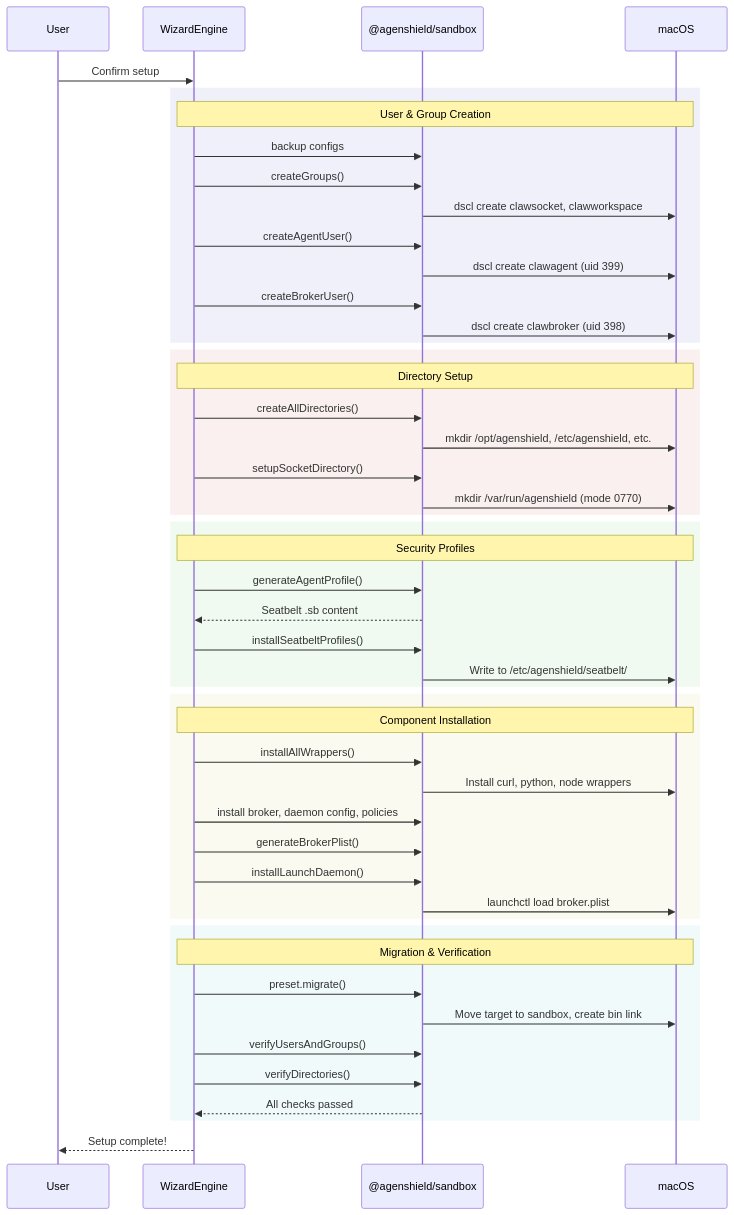
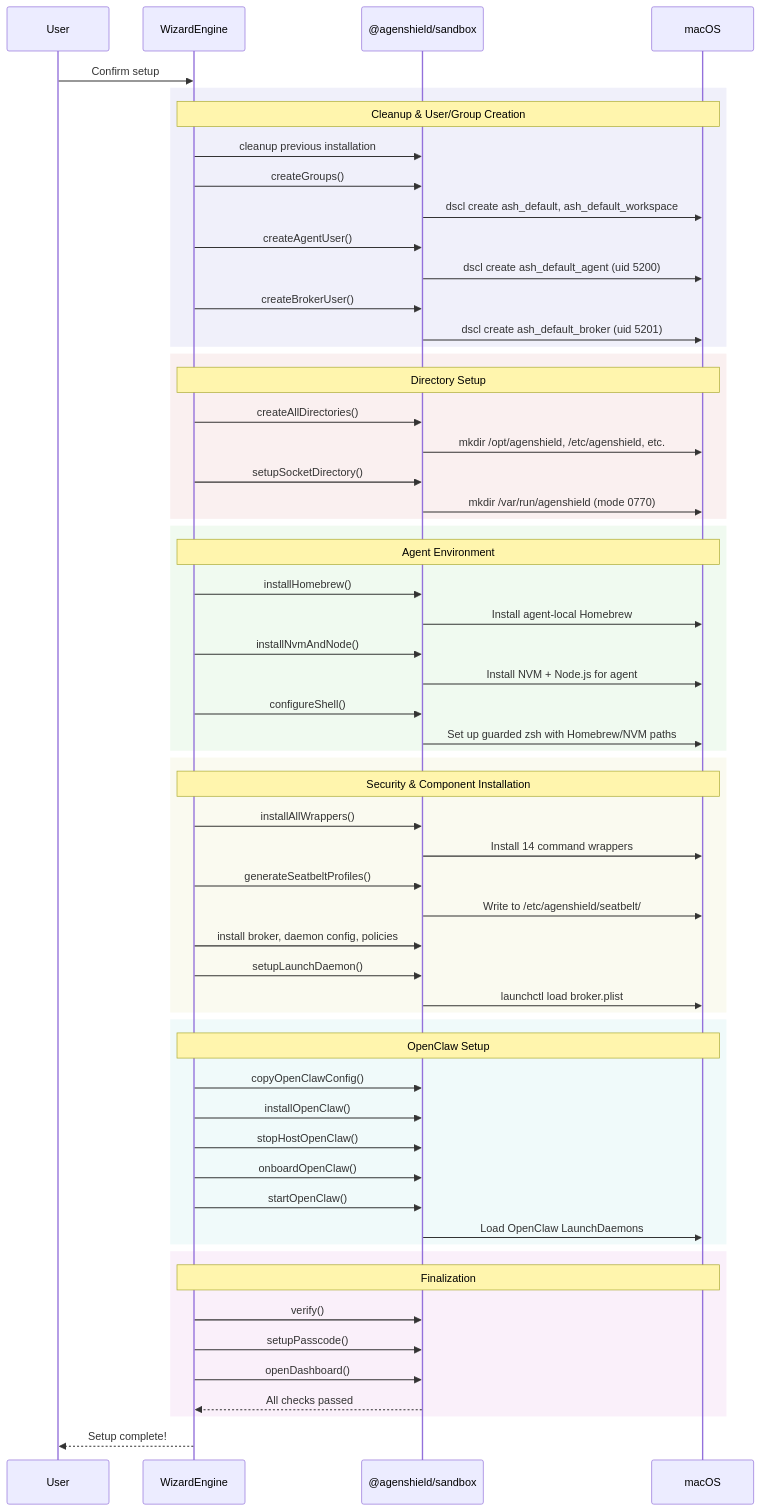
Before and after one commit to agen-co/agenshield: the third of 13 diagrams in ARCHITECTURE.md, drawn with Mermaid. The commit also changed other lines of this file and 89 other files, not shown here.

````diff
--- a/ARCHITECTURE.md
+++ b/ARCHITECTURE.md
@@ -124,57 +136,69 @@
 ```mermaid
 sequenceDiagram
     participant User
     participant Engine as WizardEngine
     participant Sandbox as @agenshield/sandbox
     participant System as macOS
 
     User->>Engine: Confirm setup
 
     rect rgb(240, 240, 250)
-        Note over Engine,System: User & Group Creation
-        Engine->>Sandbox: backup configs
+        Note over Engine,System: Cleanup & User/Group Creation
+        Engine->>Sandbox: cleanup previous installation
         Engine->>Sandbox: createGroups()
-        Sandbox->>System: dscl create clawsocket, clawworkspace
+        Sandbox->>System: dscl create ash_default, ash_default_workspace
         Engine->>Sandbox: createAgentUser()
-        Sandbox->>System: dscl create clawagent (uid 399)
+        Sandbox->>System: dscl create ash_default_agent (uid 5200)
         Engine->>Sandbox: createBrokerUser()
-        Sandbox->>System: dscl create clawbroker (uid 398)
+        Sandbox->>System: dscl create ash_default_broker (uid 5201)
     end
 
     rect rgb(250, 240, 240)
         Note over Engine,System: Directory Setup
         Engine->>Sandbox: createAllDirectories()
         Sandbox->>System: mkdir /opt/agenshield, /etc/agenshield, etc.
         Engine->>Sandbox: setupSocketDirectory()
         Sandbox->>System: mkdir /var/run/agenshield (mode 0770)
     end
 
     rect rgb(240, 250, 240)
-        Note over Engine,System: Security Profiles
-        Engine->>Sandbox: generateAgentProfile()
-        Sandbox-->>Engine: Seatbelt .sb content
-        Engine->>Sandbox: installSeatbeltProfiles()
-        Sandbox->>System: Write to /etc/agenshield/seatbelt/
+        Note over Engine,System: Agent Environment
+        Engine->>Sandbox: installHomebrew()
+        Sandbox->>System: Install agent-local Homebrew
+        Engine->>Sandbox: installNvmAndNode()
+        Sandbox->>System: Install NVM + Node.js for agent
+        Engine->>Sandbox: configureShell()
+        Sandbox->>System: Set up guarded zsh with Homebrew/NVM paths
     end
 
     rect rgb(250, 250, 240)
-        Note over Engine,System: Component Installation
+        Note over Engine,System: Security & Component Installation
         Engine->>Sandbox: installAllWrappers()
-        Sandbox->>System: Install curl, python, node wrappers
+        Sandbox->>System: Install 14 command wrappers
+        Engine->>Sandbox: generateSeatbeltProfiles()
+        Sandbox->>System: Write to /etc/agenshield/seatbelt/
         Engine->>Sandbox: install broker, daemon config, policies
-        Engine->>Sandbox: generateBrokerPlist()
-        Engine->>Sandbox: installLaunchDaemon()
+        Engine->>Sandbox: setupLaunchDaemon()
         Sandbox->>System: launchctl load broker.plist
     end
 
     rect rgb(240, 250, 250)
-        Note over Engine,System: Migration & Verification
-        Engine->>Sandbox: preset.migrate()
-        Sandbox->>System: Move target to sandbox, create bin link
-        Engine->>Sandbox: verifyUsersAndGroups()
-        Engine->>Sandbox: verifyDirectories()
+        Note over Engine,System: OpenClaw Setup
+        Engine->>Sandbox: copyOpenClawConfig()
+        Engine->>Sandbox: installOpenClaw()
+        Engine->>Sandbox: stopHostOpenClaw()
+        Engine->>Sandbox: onboardOpenClaw()
+        Engine->>Sandbox: startOpenClaw()
+        Sandbox->>System: Load OpenClaw LaunchDaemons
+    end
+
+    rect rgb(250, 240, 250)
+        Note over Engine,System: Finalization
+        Engine->>Sandbox: verify()
+        Engine->>Sandbox: setupPasscode()
+        Engine->>Sandbox: openDashboard()
         Sandbox-->>Engine: All checks passed
     end
 
     Engine-->>User: Setup complete!
 ```
````
